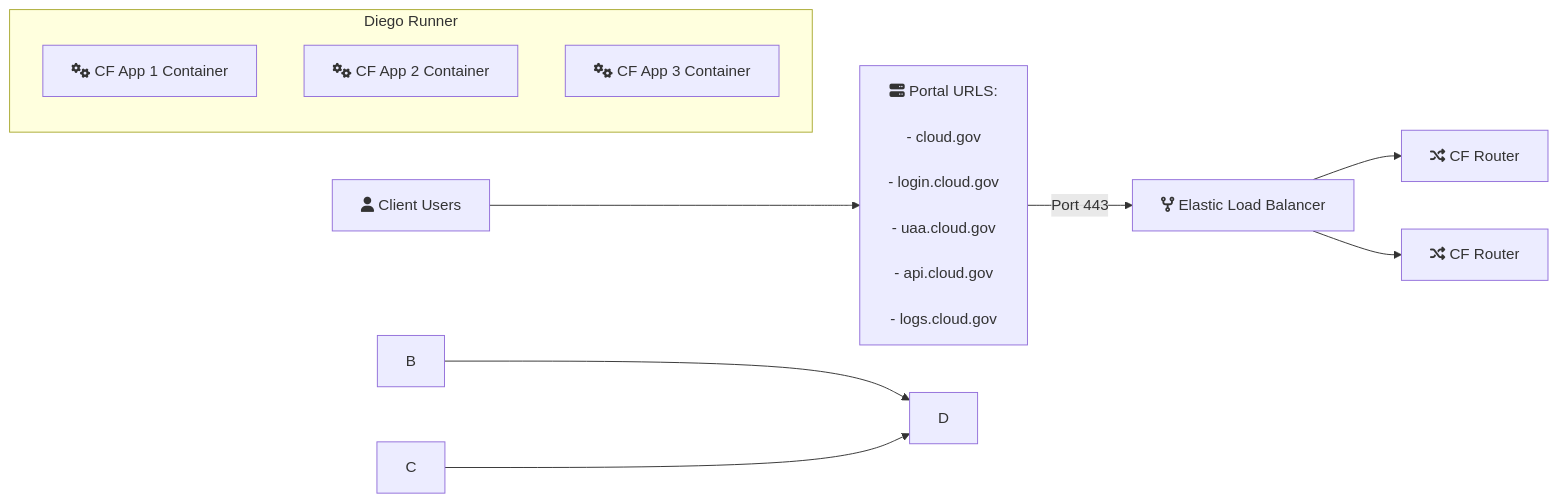
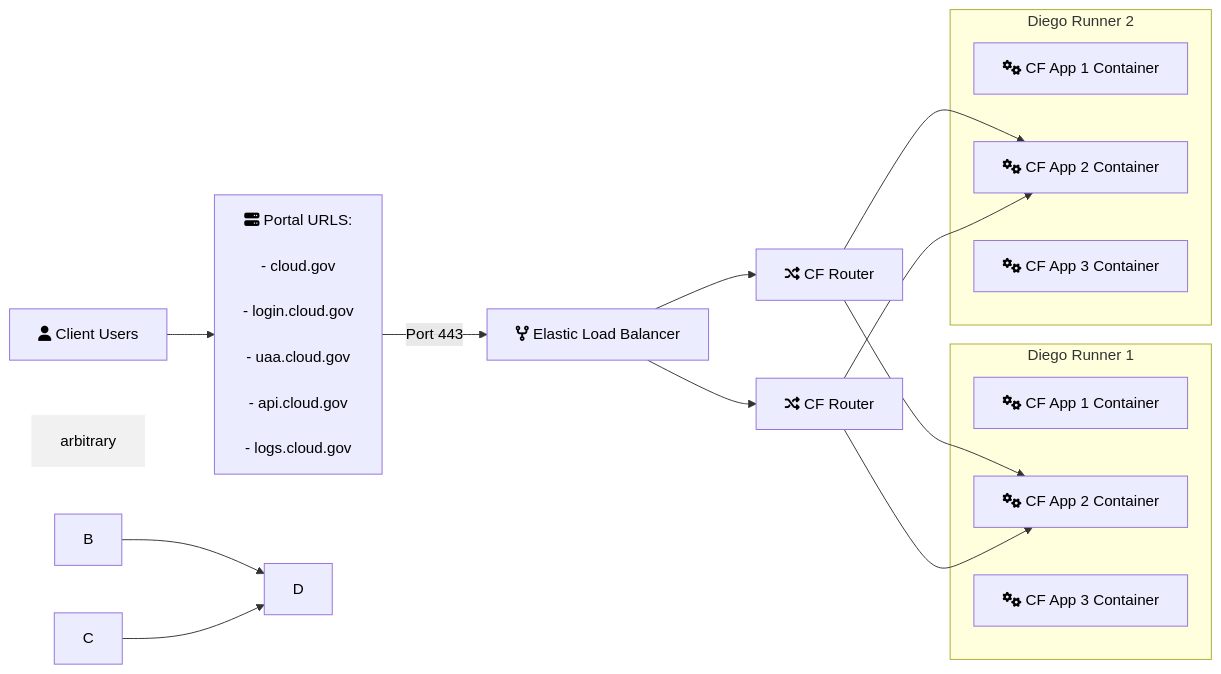
Before and after one commit to cloud-gov/system-diagrams: the diagram in source/diagrams/dataflow.mmd, drawn with Mermaid. The commit also changed 1 other file, not shown here.

```diff
--- a/source/diagrams/dataflow.mmd
+++ b/source/diagrams/dataflow.mmd
@@ -1,23 +1,38 @@
 graph LR;
     client_user["fa:fa-user Client Users"]
     login["fa:fa-server Portal URLS:
     <br />- cloud.gov
     <br />- login.cloud.gov
     <br />- uaa.cloud.gov
     <br />- api.cloud.gov
     <br />- logs.cloud.gov
     "]
     elb["fa:fa-code-fork Elastic Load Balancer"]
     client_user-->login
     login--"Port 443"-->elb
     elb-->cf_router_1["fa:fa-random CF Router"]
     elb-->cf_router_2["fa:fa-random CF Router"]
-
-    subgraph Diego Runner
+    subgraph Diego Runner 1
         cf_app_1["fa:fa-cogs CF App 1 Container"]
         cf_app_2["fa:fa-cogs CF App 2 Container"]
         cf_app_3["fa:fa-cogs CF App 3 Container"]
     end
 
+    subgraph Diego Runner 2
+        style arbitrary color:#000000;
+        cf_app_4["fa:fa-cogs CF App 1 Container"]
+        cf_app_5["fa:fa-cogs CF App 2 Container"]
+        cf_app_6["fa:fa-cogs CF App 3 Container"]
+    end
+
+
+    cf_router_1-->cf_app_2
+    cf_router_1-->cf_app_5
+    cf_router_2-->cf_app_2
+    cf_router_2-->cf_app_5
+ 
     B-->D
     C-->D
+    
+    classDef label fill:#f1f1f1, stroke:#f1f1f1, color:#000000
+    class arbitrary label
```
